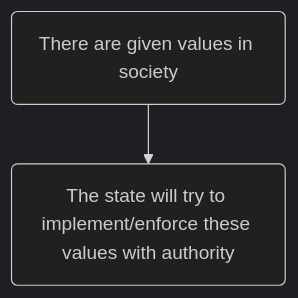
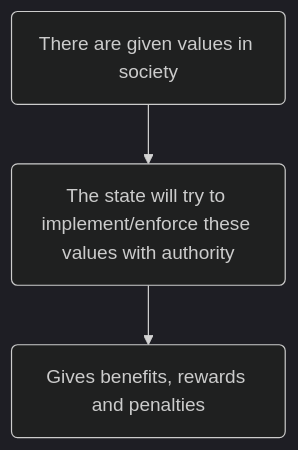
One commit to godofwarnings/genesis-public changed the third of 4 diagrams in src/site/notes/lecture-notes/sem6/ihs/politics/L02.md. Above: the diagram before and after it, drawn with Mermaid (dark theme). The commit also changed other lines of this file, not shown here.

````diff
--- a/src/site/notes/lecture-notes/sem6/ihs/politics/L02.md
+++ b/src/site/notes/lecture-notes/sem6/ihs/politics/L02.md
@@ -55,5 +69,5 @@
 ```mermaid
 flowchart TD
 
-id1(There are given values in society) --> id2(The state will try to implement/enforce these values with authority)
+id1(There are given values in society) --> id2(The state will try to implement/enforce these values with authority) --> id3(Gives benefits, rewards and penalties)
 ```
````
